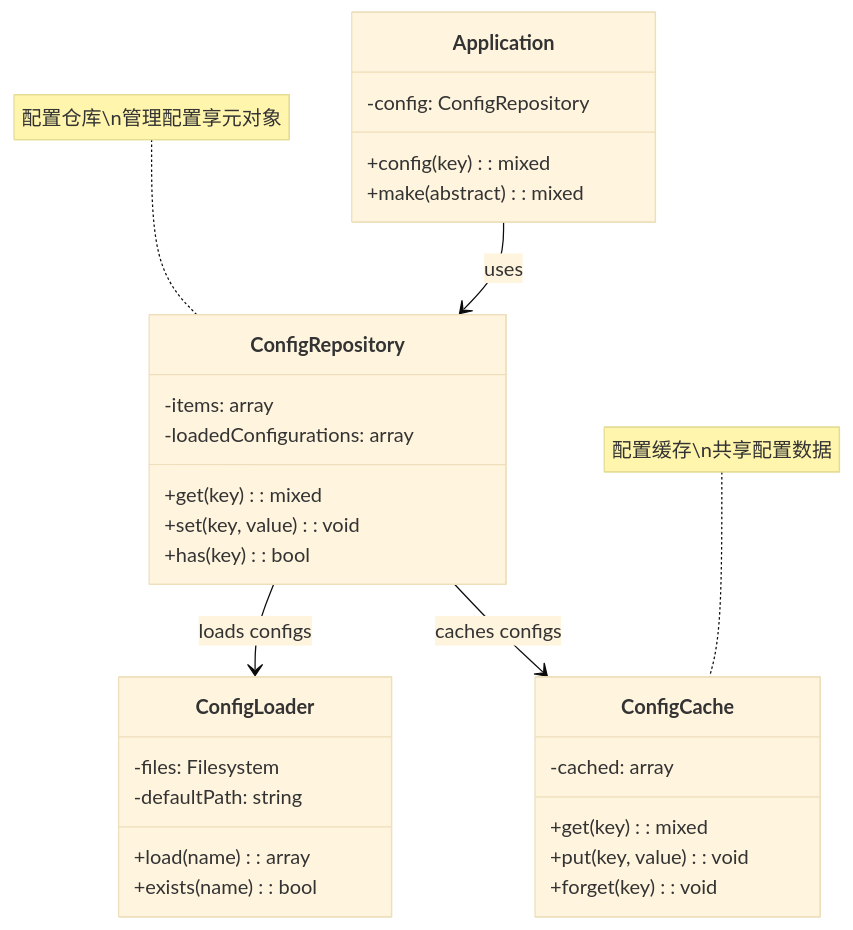
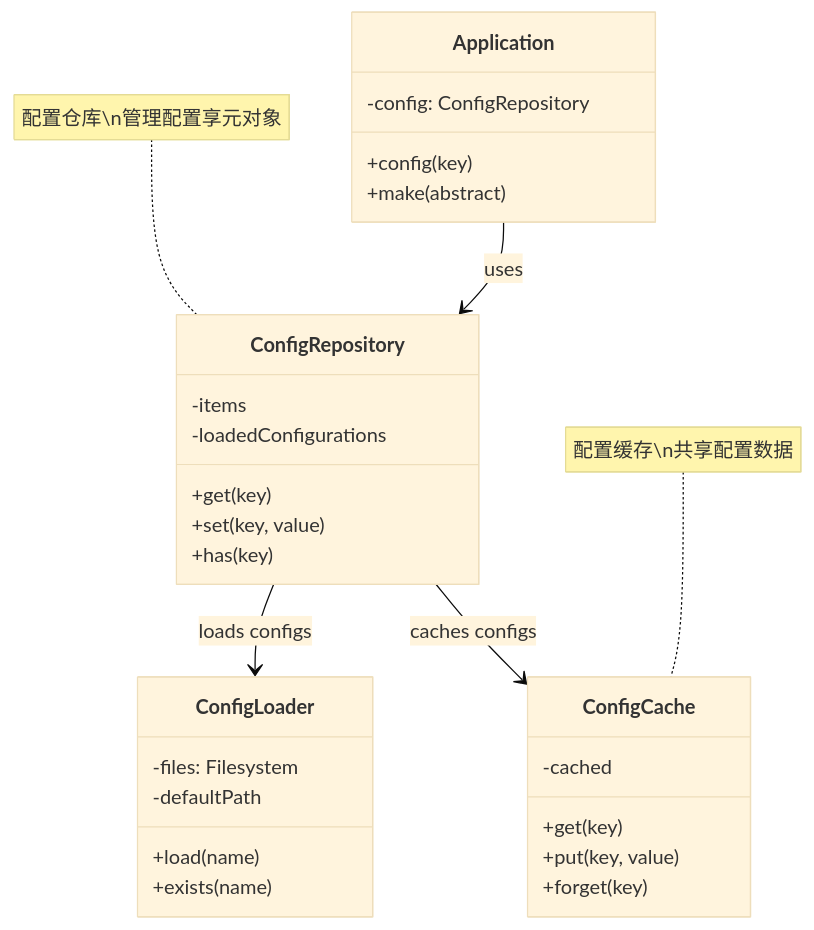
One commit to fanly/DesignPattern changed the second of 4 diagrams in resources/design-patterns/laravel/structural/flyweight_zh.md. Above: the diagram before and after it, drawn with Mermaid (base theme). The commit also changed other lines of this file and 103 other files, not shown here.

````diff
--- a/resources/design-patterns/laravel/structural/flyweight_zh.md
+++ b/resources/design-patterns/laravel/structural/flyweight_zh.md
@@ -49,37 +49,37 @@
 ```mermaid
 classDiagram
     class ConfigRepository {
-        -items: array
-        -loadedConfigurations: array
-        +get(key): mixed
-        +set(key, value): void
-        +has(key): bool
+        -items
+        -loadedConfigurations
+        +get(key)
+        +set(key, value)
+        +has(key)
     }
     
     class ConfigLoader {
         -files: Filesystem
-        -defaultPath: string
-        +load(name): array
-        +exists(name): bool
+        -defaultPath
+        +load(name)
+        +exists(name)
     }
     
     class ConfigCache {
-        -cached: array
-        +get(key): mixed
-        +put(key, value): void
-        +forget(key): void
+        -cached
+        +get(key)
+        +put(key, value)
+        +forget(key)
     }
     
     class Application {
         -config: ConfigRepository
-        +config(key): mixed
-        +make(abstract): mixed
+        +config(key)
+        +make(abstract)
     }
     
     ConfigRepository --> ConfigLoader : loads configs
     ConfigRepository --> ConfigCache : caches configs
     Application --> ConfigRepository : uses
     
     note for ConfigRepository "配置仓库\n管理配置享元对象"
     note for ConfigCache "配置缓存\n共享配置数据"
 ```
````
